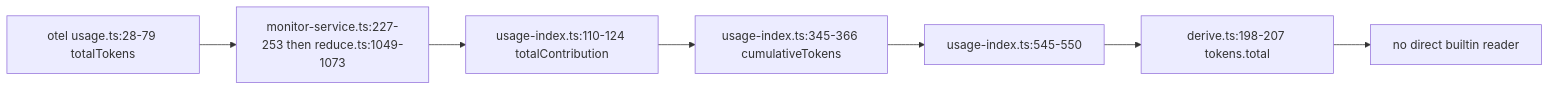
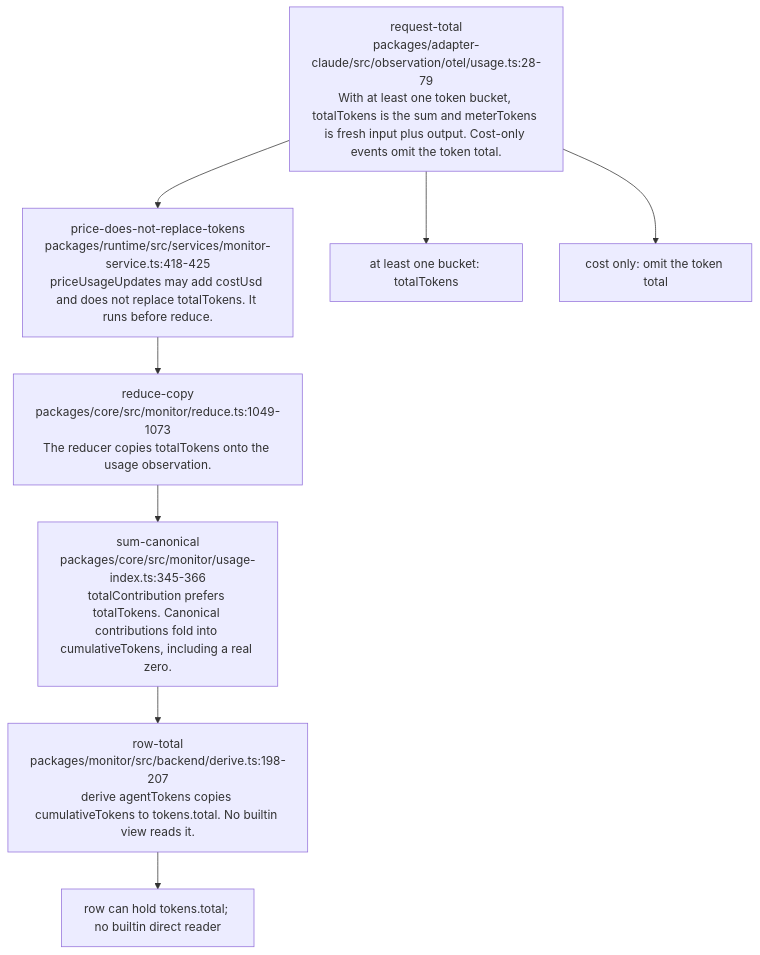
The diagram in audit/godview/evidence/claude/tokens.total.mmd (vibefield/puppeteer), drawn with Mermaid before and after one commit. The commit also changed 746 other files, not shown here.

First line of the commit message:
Apply adapter-specific UI reachability to first-half monitor traces.

```diff
--- a/audit/godview/evidence/claude/tokens.total.mmd
+++ b/audit/godview/evidence/claude/tokens.total.mmd
@@ -1,10 +1,16 @@
-%% graph_ref: path.usage
-%% shared_map: 07e71c9bcb9532fc181e3f667f2d0ed2e7c9afaf
+%% field: field.tokens.total
+%% adapter: claude
 %% forensic: source-read 748d015a7e393112e0a91dad80111fdf5abe6583; not a live sample
-flowchart LR
-  raw["otel usage.ts:28-79 totalTokens"] --> ingest["monitor-service.ts:227-253 then reduce.ts:1049-1073"]
-  ingest --> contrib["usage-index.ts:110-124 totalContribution"]
-  contrib --> fold["usage-index.ts:345-366 cumulativeTokens"]
-  fold --> pub["usage-index.ts:545-550"]
-  pub --> row["derive.ts:198-207 tokens.total"]
-  row --> ui["no direct builtin reader"]
+flowchart TD
+  n0["request-total\npackages/adapter-claude/src/observation/otel/usage.ts:28-79\nWith at least one token bucket, totalTokens is the sum and meterTokens is fresh input plus output. Cost-only events omit the token total."]
+  n1["price-does-not-replace-tokens\npackages/runtime/src/services/monitor-service.ts:418-425\npriceUsageUpdates may add costUsd and does not replace totalTokens. It runs before reduce."]
+  n0 --> n1
+  n2["reduce-copy\npackages/core/src/monitor/reduce.ts:1049-1073\nThe reducer copies totalTokens onto the usage observation."]
+  n1 --> n2
+  n3["sum-canonical\npackages/core/src/monitor/usage-index.ts:345-366\ntotalContribution prefers totalTokens. Canonical contributions fold into cumulativeTokens, including a real zero."]
+  n2 --> n3
+  n4["row-total\npackages/monitor/src/backend/derive.ts:198-207\nderive agentTokens copies cumulativeTokens to tokens.total. No builtin view reads it."]
+  n3 --> n4
+  n0 --> withBuckets["at least one bucket: totalTokens"]
+  n0 --> costOnly["cost only: omit the token total"]
+  n4 --> noReader["row can hold tokens.total; no builtin direct reader"]
```
